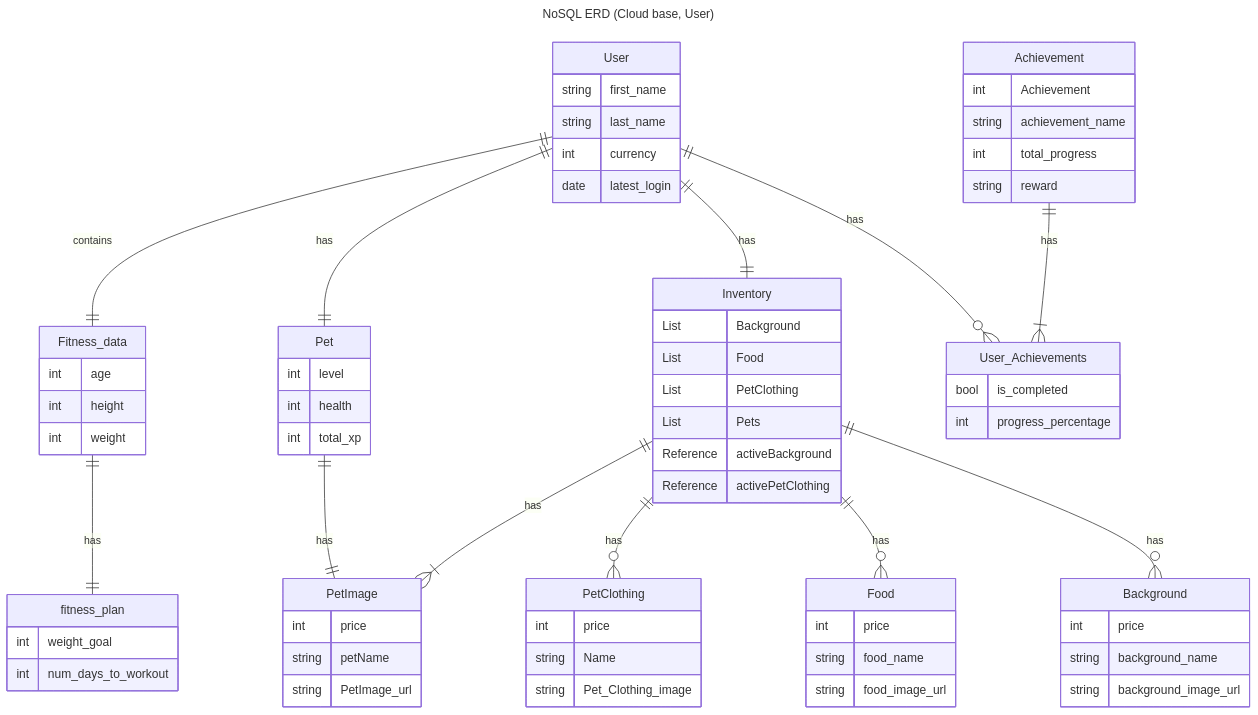
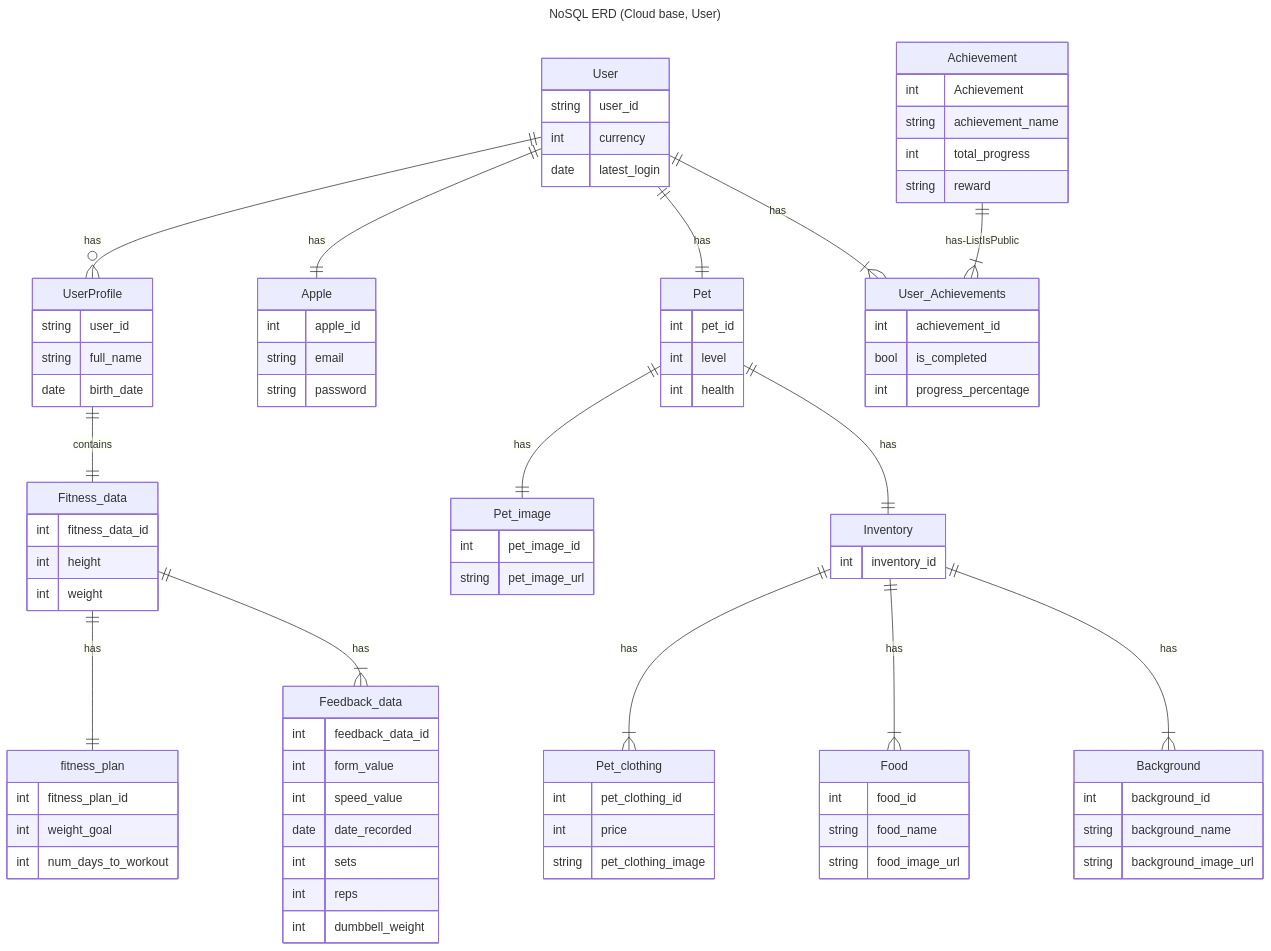
Before and after one commit to Capstone-Projects-2024-Spring/project-smartweights: the first of 4 diagrams in documentation/docs/system-architecture/database-diagrams.md, drawn with Mermaid. The commit also changed other lines of this file and 107 other files, not shown here.

````diff
--- a/documentation/docs/system-architecture/database-diagrams.md
+++ b/documentation/docs/system-architecture/database-diagrams.md
@@ -37,77 +17,92 @@
 ---
 title: NoSQL ERD (Cloud base, User)
 ---
-erDiagram
+erDiagram 
+    User ||--o{ UserProfile : has
+    User ||--|| Apple : has
+    %% User ||--||Achievement_List: has
+    UserProfile ||--||Fitness_data: contains
+    User ||--||Pet:has
+    Pet ||--|| Pet_image: has 
+    Inventory ||--|{ Pet_clothing: has 
+    Pet ||--||Inventory: has
+    Inventory ||--|{ Food: has 
+    Inventory ||--|{ Background: has 
+    %% Shop ||--|{ Pet: has
+    %% Shop ||--|{ Pet_clothing: has
+    Fitness_data||--||fitness_plan: has 
+    Fitness_data||--|{Feedback_data:has
+   User ||--|{User_Achievements:has
+    Achievement ||--|{ User_Achievements: has-ListIsPublic
 
-    %% User ||--||Achievement_List: has
-   
-    User ||--||Fitness_data: contains
-    User ||--||Inventory: has
-    User ||--||Pet: has
-    Pet ||--|| PetImage: has
-    Inventory ||--|{ PetImage: has
-    Inventory ||--o{ PetClothing: has
- 
-    Inventory ||--o{ Food: has
-    Inventory ||--o{ Background: has
-    Fitness_data||--||fitness_plan: has
-
-   User ||--o{User_Achievements:has
-    Achievement ||--|{ User_Achievements: has
-
-
+    UserProfile {
+        string user_id
+        string full_name
+        date birth_date
+    }
     Fitness_data{
-        int age
+        int fitness_data_id
         int height
-        int weight
-
+        int weight 
+     
     }
-
+    Feedback_data{
+        int feedback_data_id
+        int form_value
+        int speed_value
+        date date_recorded
+        int sets
+        int reps
+        int dumbbell_weight
+    }
     fitness_plan{
-
+        int fitness_plan_id
         int weight_goal
         int num_days_to_workout
     }
     User {
-        string first_name
-        string last_name
+        string user_id
         int currency
         date latest_login
-
+        %% string apple_id
+        %% enum account_type
+        %% date registration_date
     }
+    Apple{
+        int apple_id
+        string email
+        string password
+    }
+    %% Account_type{
+    %%     int account_type_id
+    %%     string account_type 
+    %% }
     Pet{
+        int pet_id
         int level
         int health
-        int total_xp
     }
-    PetImage{
-        int price
-        string petName
-        string PetImage_url
+    Pet_image{
+        int pet_image_id
+        string pet_image_url
     }
     Inventory{
-        List Background
-        List Food
-        List PetClothing
-        List Pets
-        Reference activeBackground
-        Reference activePetClothing
-
+        int inventory_id
     }
     Food{
-        int price
+        int food_id
         string food_name
         string food_image_url
     }
     Background{
-        int price
+        int background_id
         string background_name
         string background_image_url
     }
-    PetClothing{
-        int price
-        string Name
-        string Pet_Clothing_image
+    Pet_clothing{
+        int pet_clothing_id
+        int price 
+        string pet_clothing_image
     }
    Achievement{
         int Achievement
@@ -116,10 +111,11 @@
         string reward
     }
     User_Achievements{
+        int achievement_id
 
          bool is_completed
         int progress_percentage
-
+      
     }
-
+    
 ```
````
